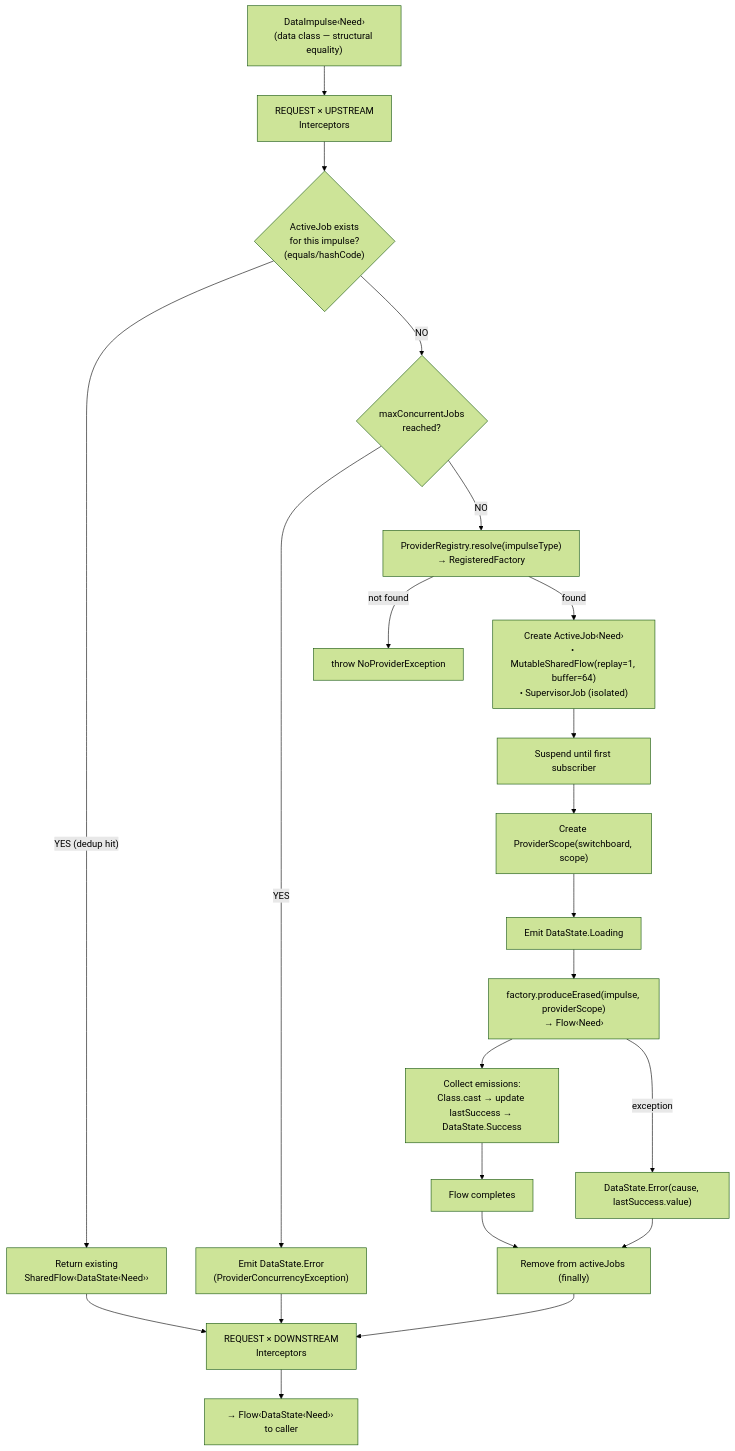
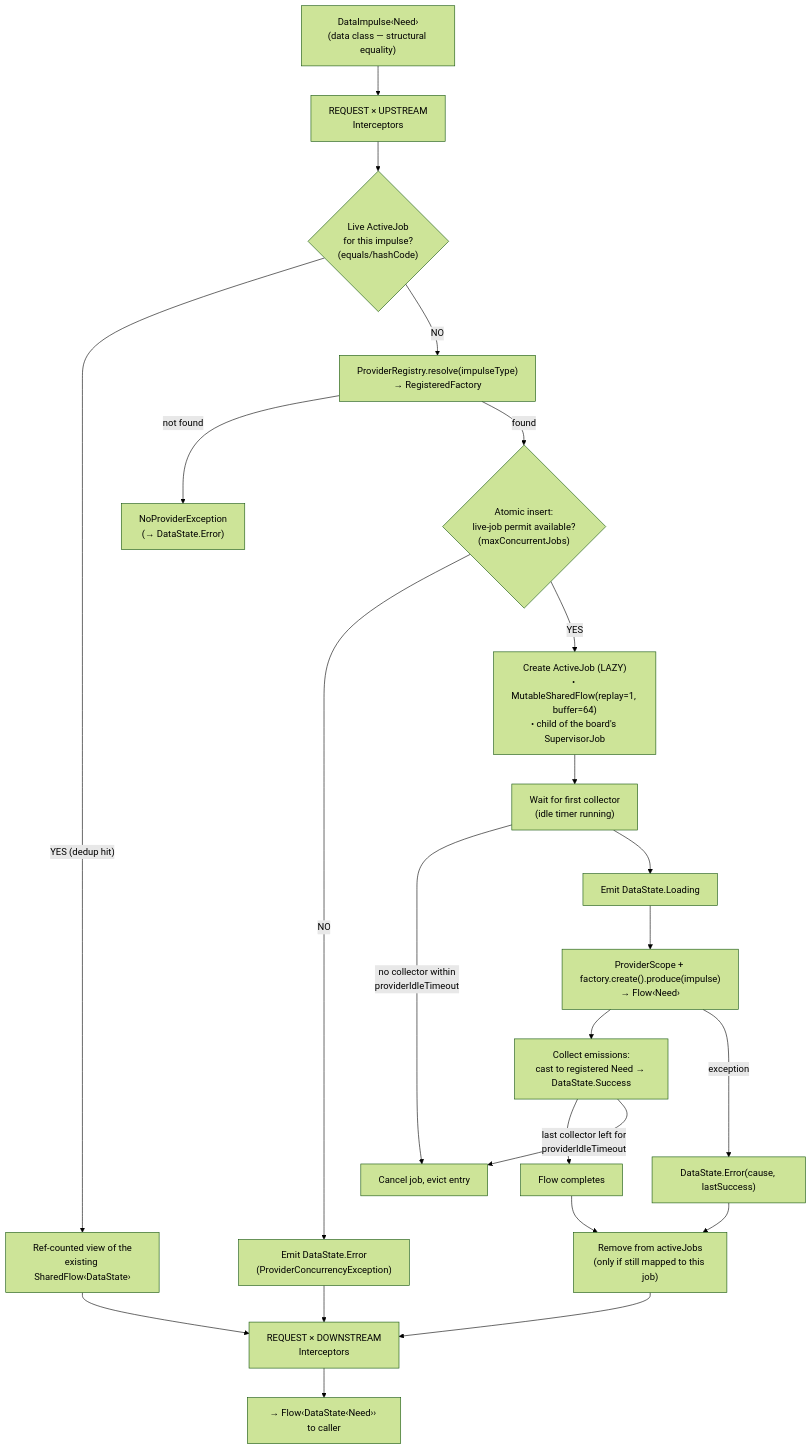
Before and after one commit to coreywaldon/synapse: the sixth of 7 diagrams in arch/README.md, drawn with Mermaid (forest theme). The commit also changed other lines of this file and 4 other files, not shown here.

````diff
--- a/arch/README.md
+++ b/arch/README.md
@@ -1248,30 +1403,31 @@
 ```mermaid
 flowchart TD
     IMP["DataImpulse‹Need›<br/>(data class — structural equality)"]
     IMP --> UP_REQ["REQUEST × UPSTREAM<br/>Interceptors"]
-    UP_REQ --> DEDUP{"ActiveJob exists<br/>for this impulse?<br/>(equals/hashCode)"}
+    UP_REQ --> DEDUP{"Live ActiveJob<br/>for this impulse?<br/>(equals/hashCode)"}
 
-    DEDUP -->|"YES (dedup hit)"| EXISTING["Return existing<br/>SharedFlow‹DataState‹Need››"]
+    DEDUP -->|"YES (dedup hit)"| EXISTING["Ref-counted view of the<br/>existing SharedFlow‹DataState›"]
 
-    DEDUP -->|"NO"| CONC{"maxConcurrentJobs<br/>reached?"}
-    CONC -->|"YES"| ERR["Emit DataState.Error<br/>(ProviderConcurrencyException)"]
+    DEDUP -->|"NO"| RESOLVE["ProviderRegistry.resolve(impulseType)<br/>→ RegisteredFactory"]
+    RESOLVE -->|"not found"| THROW["NoProviderException<br/>(→ DataState.Error)"]
 
-    CONC -->|"NO"| RESOLVE["ProviderRegistry.resolve(impulseType)<br/>→ RegisteredFactory"]
-    RESOLVE -->|"not found"| THROW["throw NoProviderException"]
+    RESOLVE -->|"found"| CONC{"Atomic insert:<br/>live-job permit available?<br/>(maxConcurrentJobs)"}
+    CONC -->|"NO"| ERR["Emit DataState.Error<br/>(ProviderConcurrencyException)"]
 
-    RESOLVE -->|"found"| CREATE["Create ActiveJob‹Need›<br/>• MutableSharedFlow(replay=1, buffer=64)<br/>• SupervisorJob (isolated)"]
-    CREATE --> WAIT["Suspend until first subscriber"]
-    WAIT --> SCOPE["Create ProviderScope(switchboard, scope)"]
-    SCOPE --> LOADING["Emit DataState.Loading"]
-    LOADING --> PRODUCE["factory.produceErased(impulse, providerScope)<br/>→ Flow‹Need›"]
-    PRODUCE --> COLLECT["Collect emissions:<br/>Class.cast → update lastSuccess → DataState.Success"]
+    CONC -->|"YES"| CREATE["Create ActiveJob (LAZY)<br/>• MutableSharedFlow(replay=1, buffer=64)<br/>• child of the board's SupervisorJob"]
+    CREATE --> WAIT["Wait for first collector<br/>(idle timer running)"]
+    WAIT -->|"no collector within<br/>providerIdleTimeout"| IDLE["Cancel job, evict entry"]
+    WAIT --> LOADING["Emit DataState.Loading"]
+    LOADING --> PRODUCE["ProviderScope + factory.create().produce(impulse)<br/>→ Flow‹Need›"]
+    PRODUCE --> COLLECT["Collect emissions:<br/>cast to registered Need → DataState.Success"]
     COLLECT --> COMPLETE["Flow completes"]
-    PRODUCE -->|"exception"| ERROR["DataState.Error(cause, lastSuccess.value)"]
-    COMPLETE --> CLEANUP["Remove from activeJobs (finally)"]
+    COLLECT -->|"last collector left for<br/>providerIdleTimeout"| IDLE
+    PRODUCE -->|"exception"| ERROR["DataState.Error(cause, lastSuccess)"]
+    COMPLETE --> CLEANUP["Remove from activeJobs<br/>(only if still mapped to this job)"]
     ERROR --> CLEANUP
 
     EXISTING --> DN_REQ["REQUEST × DOWNSTREAM<br/>Interceptors"]
     CLEANUP --> DN_REQ
     ERR --> DN_REQ
     DN_REQ --> RESULT["→ Flow‹DataState‹Need›› to caller"]
 ```
````
